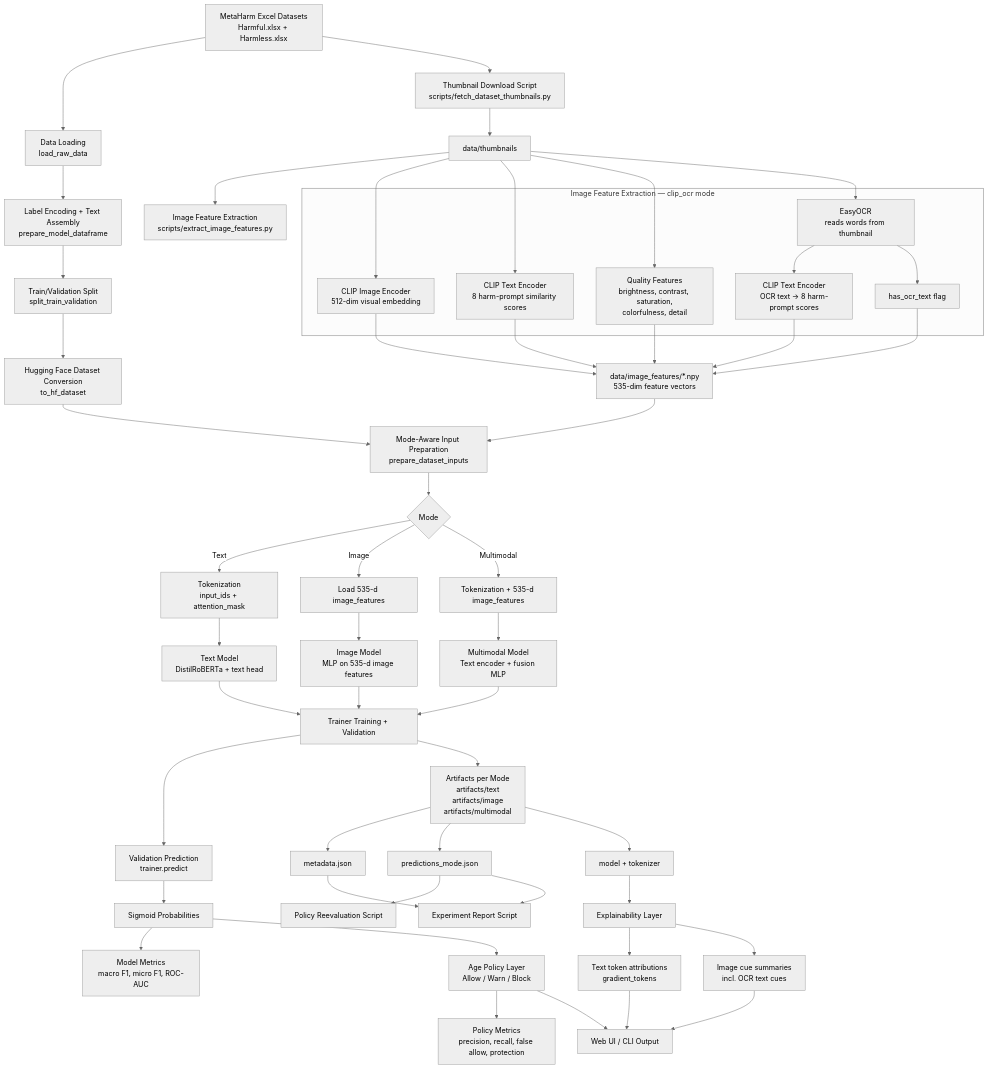
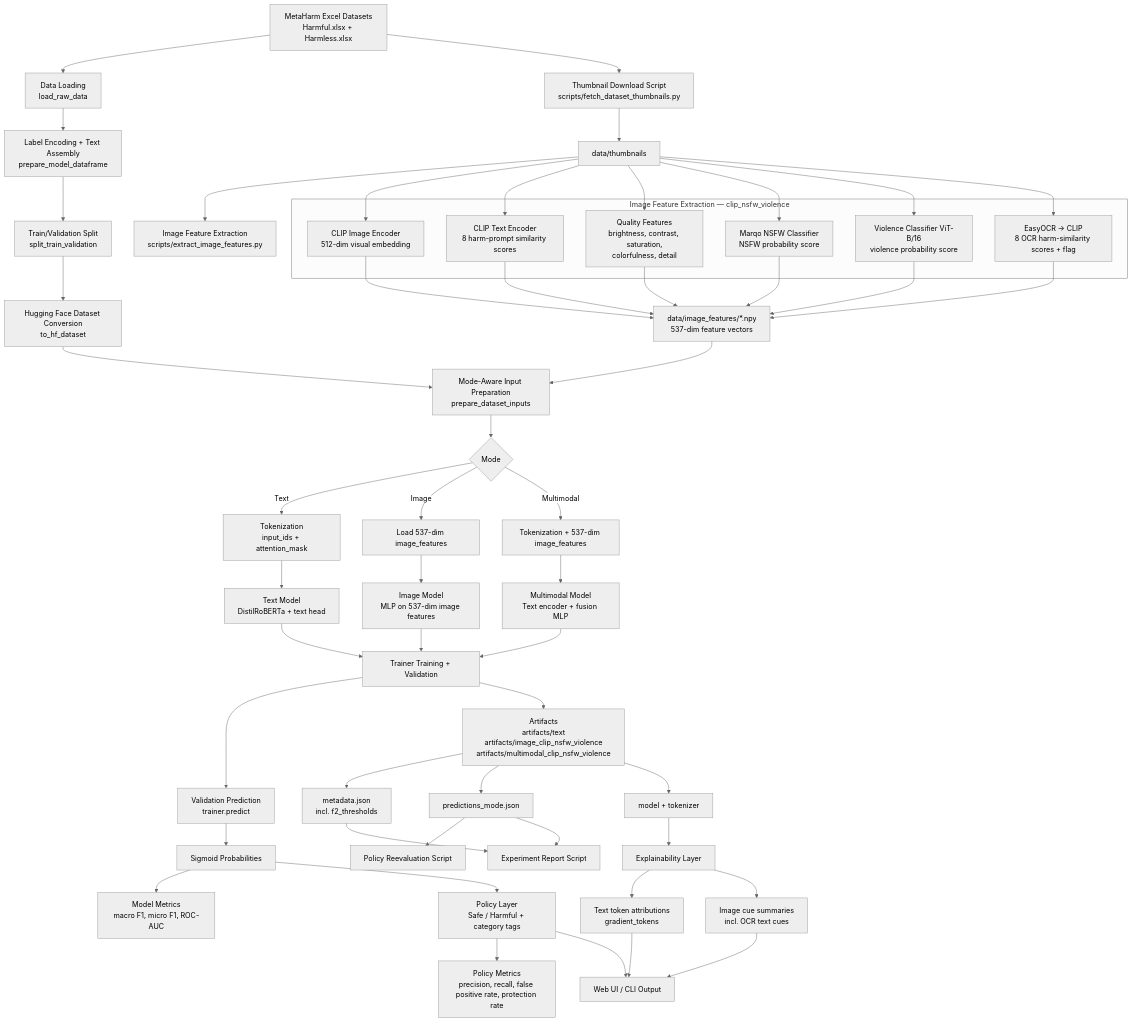
One commit to ffigai/GuardAI-Kids changed the first of 3 diagrams in SYSTEM_DIAGRAM.md. Above: the diagram before and after it, drawn with Mermaid (neutral theme). The commit also changed other lines of this file and 22 other files, not shown here.

````diff
--- a/SYSTEM_DIAGRAM.md
+++ b/SYSTEM_DIAGRAM.md
@@ -5,73 +5,74 @@
 ```mermaid
 flowchart TD
     A[MetaHarm Excel Datasets<br/>Harmful.xlsx + Harmless.xlsx] --> B[Data Loading<br/>load_raw_data]
     B --> C[Label Encoding + Text Assembly<br/>prepare_model_dataframe]
     C --> D[Train/Validation Split<br/>split_train_validation]
 
     A --> T1[Thumbnail Download Script<br/>scripts/fetch_dataset_thumbnails.py]
     T1 --> T2[data/thumbnails]
 
     T2 --> T3[Image Feature Extraction<br/>scripts/extract_image_features.py]
 
-    subgraph T3_detail[Image Feature Extraction — clip_ocr mode]
+    subgraph T3_detail[Image Feature Extraction — clip_nsfw_violence]
         TA[CLIP Image Encoder<br/>512-dim visual embedding]
         TB[CLIP Text Encoder<br/>8 harm-prompt similarity scores]
         TC[Quality Features<br/>brightness, contrast, saturation,<br/>colorfulness, detail]
-        TD_ocr[EasyOCR<br/>reads words from thumbnail]
-        TE[CLIP Text Encoder<br/>OCR text → 8 harm-prompt scores]
-        TF[has_ocr_text flag]
+        TD_nsfw[Marqo NSFW Classifier<br/>NSFW probability score]
+        TE_viol[Violence Classifier ViT-B/16<br/>violence probability score]
+        TF[EasyOCR → CLIP<br/>8 OCR harm-similarity scores + flag]
     end
 
     T2 --> TA
     T2 --> TB
     T2 --> TC
-    T2 --> TD_ocr
-    TD_ocr --> TE
-    TD_ocr --> TF
+    T2 --> TD_nsfw
+    T2 --> TE_viol
+    T2 --> TF
     TA --> T4
     TB --> T4
     TC --> T4
-    TE --> T4
+    TD_nsfw --> T4
+    TE_viol --> T4
     TF --> T4
 
-    T4[data/image_features/*.npy<br/>535-dim feature vectors]
+    T4[data/image_features/*.npy<br/>537-dim feature vectors]
 
     D --> E[Hugging Face Dataset Conversion<br/>to_hf_dataset]
     T4 --> F[Mode-Aware Input Preparation<br/>prepare_dataset_inputs]
     E --> F
 
     F --> G{Mode}
     G -->|Text| H1[Tokenization<br/>input_ids + attention_mask]
-    G -->|Image| H2[Load 535-d image_features]
-    G -->|Multimodal| H3[Tokenization + 535-d image_features]
+    G -->|Image| H2[Load 537-dim image_features]
+    G -->|Multimodal| H3[Tokenization + 537-dim image_features]
 
     H1 --> I1[Text Model<br/>DistilRoBERTa + text head]
-    H2 --> I2[Image Model<br/>MLP on 535-d image features]
+    H2 --> I2[Image Model<br/>MLP on 537-dim image features]
     H3 --> I3[Multimodal Model<br/>Text encoder + fusion MLP]
 
     I1 --> J[Trainer Training + Validation]
     I2 --> J
     I3 --> J
 
     J --> K[Validation Prediction<br/>trainer.predict]
     K --> L[Sigmoid Probabilities]
     L --> M[Model Metrics<br/>macro F1, micro F1, ROC-AUC]
-    L --> N[Age Policy Layer<br/>Allow / Warn / Block]
-    N --> O[Policy Metrics<br/>precision, recall, false allow, protection]
+    L --> N[Policy Layer<br/>Safe / Harmful + category tags]
+    N --> O[Policy Metrics<br/>precision, recall, false positive rate, protection rate]
 
-    J --> P[Artifacts per Mode<br/>artifacts/text<br/>artifacts/image<br/>artifacts/multimodal]
-    P --> Q[metadata.json]
+    J --> P[Artifacts<br/>artifacts/text<br/>artifacts/image_clip_nsfw_violence<br/>artifacts/multimodal_clip_nsfw_violence]
+    P --> Q[metadata.json<br/>incl. f2_thresholds]
     P --> R[predictions_mode.json]
     P --> S[model + tokenizer]
 
     R --> U[Policy Reevaluation Script]
     R --> V[Experiment Report Script]
     S --> W[Explainability Layer]
     Q --> V
 
     W --> X[Text token attributions<br/>gradient_tokens]
     W --> Y[Image cue summaries<br/>incl. OCR text cues]
     X --> Z[Web UI / CLI Output]
     Y --> Z
     N --> Z
 ```
````
